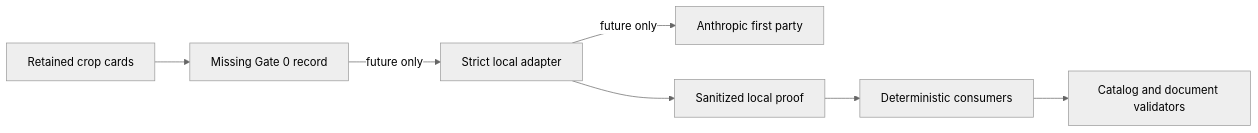
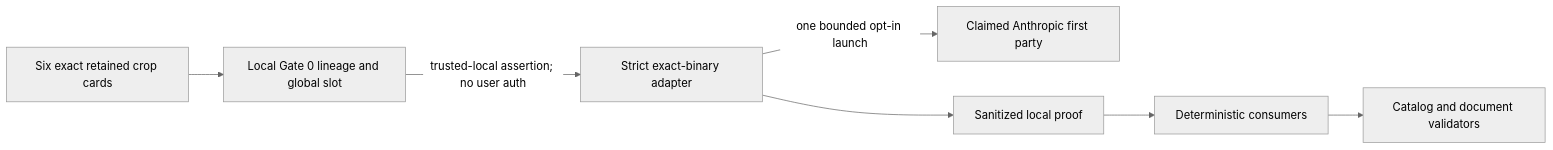
The diagram in docs/design/threat-model.md (yanfengliu/lego), drawn with Mermaid (neutral theme) before and after one commit. The commit also changed other lines of this file and 65 other files, not shown here.

Commit message:
Gate exact six-card identification launch

````diff
--- a/docs/design/threat-model.md
+++ b/docs/design/threat-model.md
@@ -80,9 +80,9 @@
 ```mermaid
 flowchart LR
-  C["Retained crop cards"] --> G["Missing Gate 0 record"]
-  G -->|future only| T["Strict local adapter"]
-  T -->|future only| P["Anthropic first party"]
+  C["Six exact retained crop cards"] --> G["Local Gate 0 lineage and global slot"]
+  G -->|trusted-local assertion; no user auth| T["Strict exact-binary adapter"]
+  T -->|one bounded opt-in launch| P["Claimed Anthropic first party"]
   T --> E["Sanitized local proof"]
   E --> D["Deterministic consumers"]
   D --> V["Catalog and document validators"]
 ```
````
